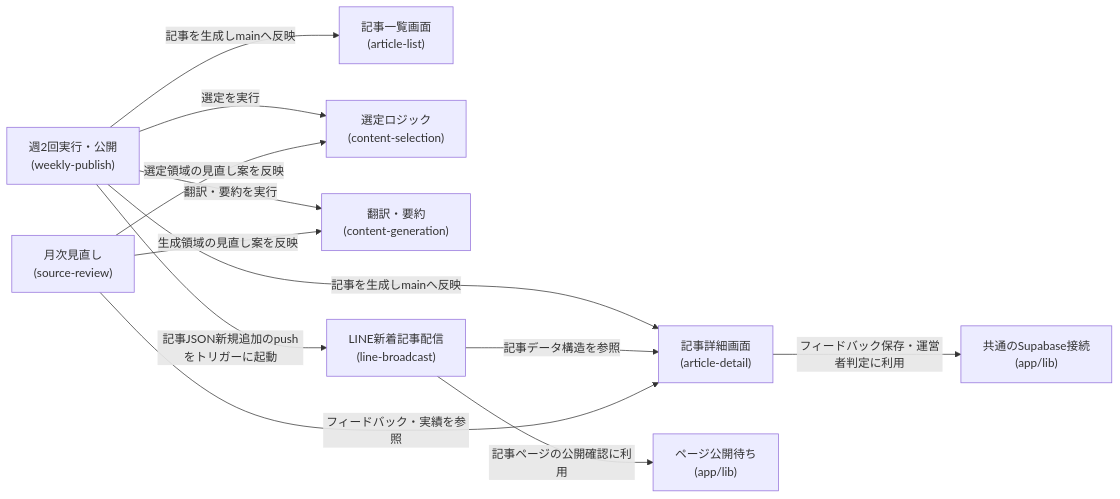
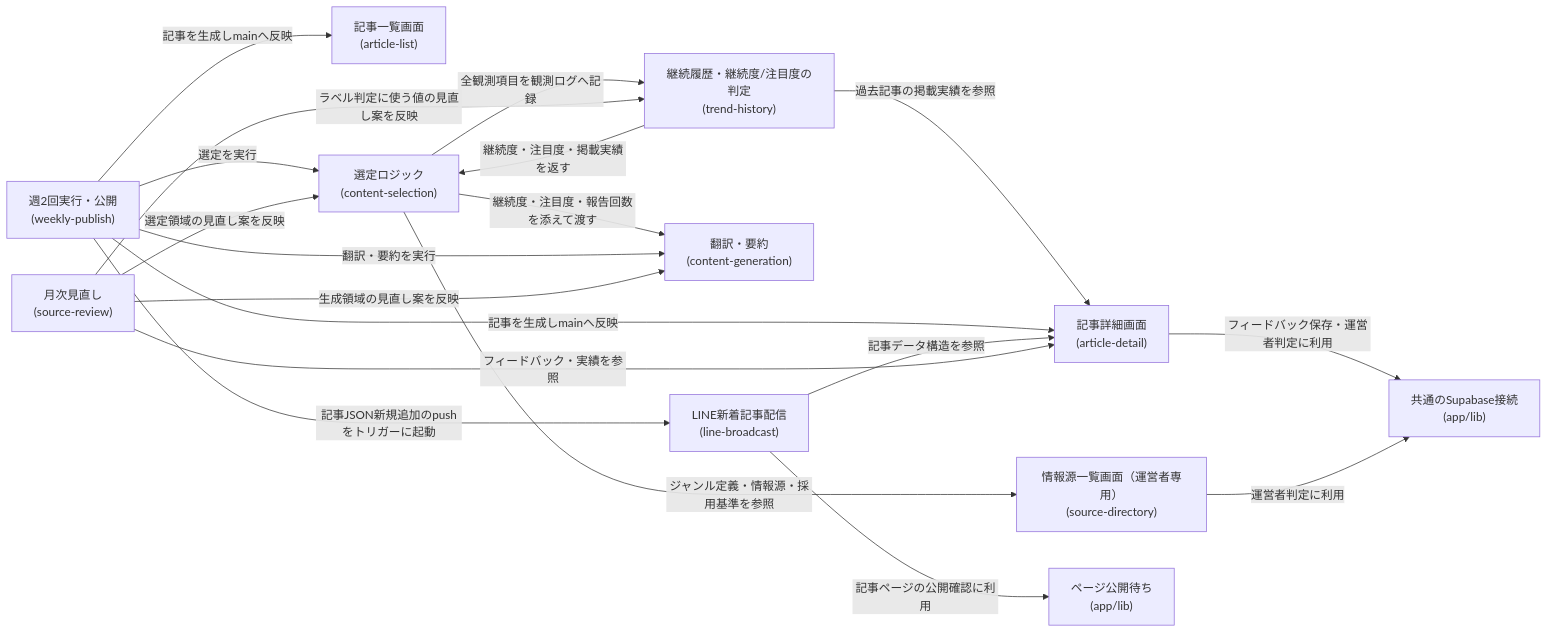
The fifth of 5 diagrams in specs/trend-digest/architecture.md (zakiyama0108/benriyatool), drawn with Mermaid before and after one commit. The commit also changed other lines of this file and 21 other files, not shown here.

First line of the commit message:
spec(trend-digest): 全ジャンル必ず1件掲載へ変更し、継続度・注目度の2ラベルに簡素化 (#302)

````diff
--- a/specs/trend-digest/architecture.md
+++ b/specs/trend-digest/architecture.md
@@ -124,24 +136,33 @@
 ```mermaid
 flowchart LR
     listScreen["記事一覧画面<br>(article-list)"]
     detailScreen["記事詳細画面<br>(article-detail)"]
+    sourceDirectoryScreen["情報源一覧画面（運営者専用）<br>(source-directory)"]
     selection["選定ロジック<br>(content-selection)"]
+    history["継続履歴・継続度/注目度の判定<br>(trend-history)"]
     generation["翻訳・要約<br>(content-generation)"]
     publish["週2回実行・公開<br>(weekly-publish)"]
     broadcast["LINE新着記事配信<br>(line-broadcast)"]
     review["月次見直し<br>(source-review)"]
     client["共通のSupabase接続<br>(app/lib)"]
     pageWait["ページ公開待ち<br>(app/lib)"]
 
     publish -->|選定を実行| selection
+    selection -->|全観測項目を観測ログへ記録| history
+    history -->|継続度・注目度・掲載実績を返す| selection
+    history -->|過去記事の掲載実績を参照| detailScreen
+    selection -->|継続度・注目度・報告回数を添えて渡す| generation
     publish -->|翻訳・要約を実行| generation
     publish -->|記事を生成しmainへ反映| listScreen
     publish -->|記事を生成しmainへ反映| detailScreen
     publish -->|記事JSON新規追加のpushをトリガーに起動| broadcast
     broadcast -->|記事データ構造を参照| detailScreen
     broadcast -->|記事ページの公開確認に利用| pageWait
     detailScreen -->|フィードバック保存・運営者判定に利用| client
+    selection -->|ジャンル定義・情報源・採用基準を参照| sourceDirectoryScreen
+    sourceDirectoryScreen -->|運営者判定に利用| client
     review -->|フィードバック・実績を参照| detailScreen
     review -->|選定領域の見直し案を反映| selection
+    review -->|ラベル判定に使う値の見直し案を反映| history
     review -->|生成領域の見直し案を反映| generation
 ```
````
